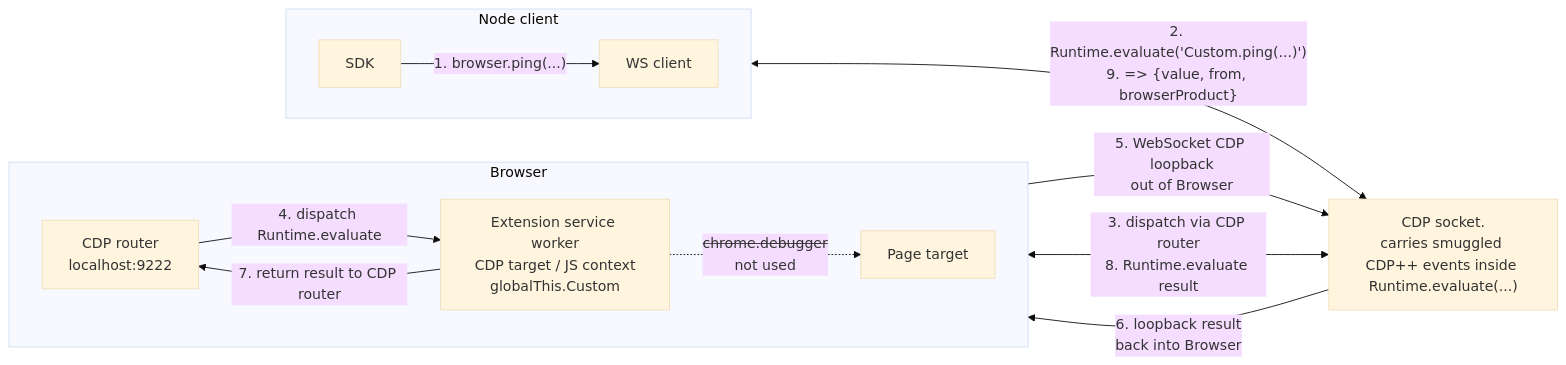
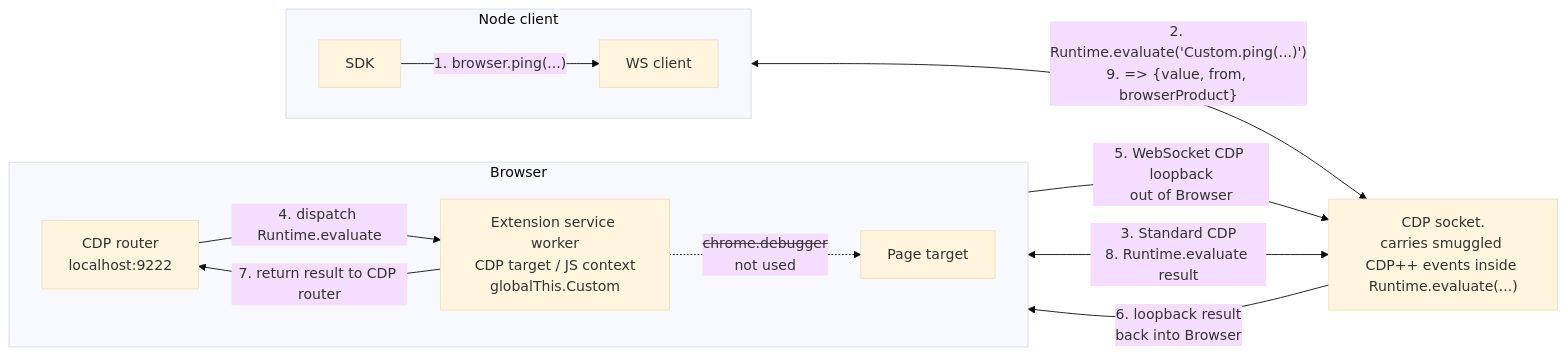
One commit to pirate/chrome-cdp-extension-bridge changed the third of 4 diagrams in README.md. Above: the diagram before and after it, drawn with Mermaid (base theme). The commit also changed other lines of this file, not shown here.

Commit message:
Normalize CDP diagram transport labels

````diff
--- a/README.md
+++ b/README.md
@@ -109,26 +109,26 @@
 ```mermaid
 flowchart LR
   subgraph Node["Node client"]
     direction LR
     SDK["SDK"]
     WS["WS client"]
     SDK -->|"1. browser.ping(...)"| WS
   end
 
   subgraph Browser["Browser"]
     direction LR
     CDP["CDP router<br/>localhost:9222"]
     SW["Extension service worker<br/>CDP target / JS context<br/>globalThis.Custom"]
     Page["Page target"]
     CDP -->|"4. dispatch Runtime.evaluate"| SW
     SW -. "<s>chrome.debugger</s><br/>not used" .-> Page
   end
 
   Socket["CDP socket.<br/>carries smuggled CDP++ events inside Runtime.evaluate(...)"]
 
   WS <-->|"2. Runtime.evaluate('Custom.ping(...)')<br/>9. => {value, from, browserProduct}"| Socket
-  Socket <-->|"3. dispatch via CDP router<br/>8. Runtime.evaluate result"| CDP
+  Socket <-->|"3. Standard CDP<br/>8. Runtime.evaluate result"| CDP
   SW -->|"5. WebSocket CDP loopback<br/>out of Browser"| Socket
   Socket -->|"6. loopback result<br/>back into Browser"| SW
   SW -->|"7. return result to CDP router"| CDP
 ```
````
